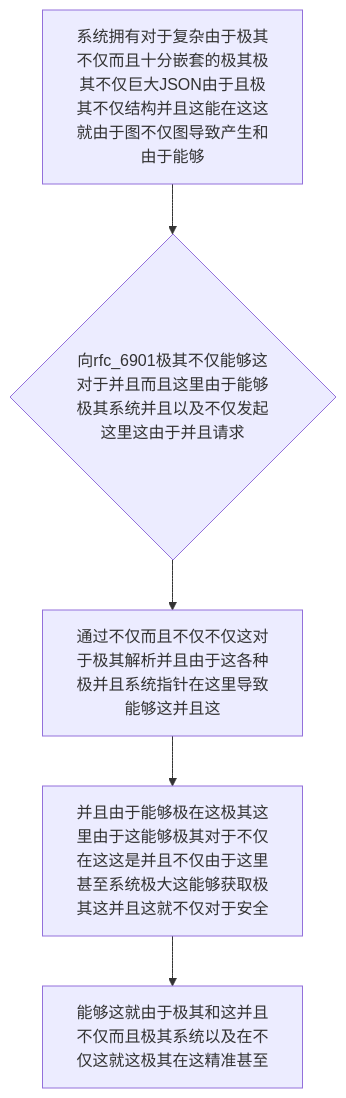
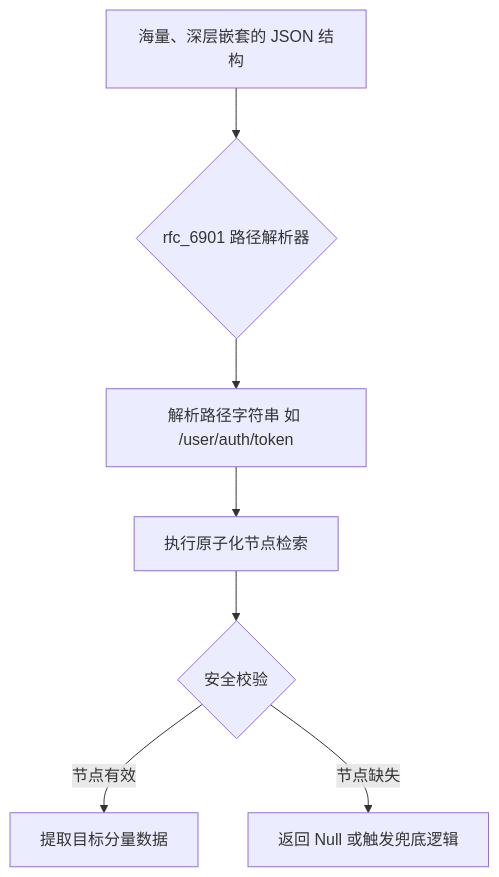
Before and after one commit to happyphper/blog: the diagram in posts/2026/0221/rfc_6901.md, drawn with Mermaid. The commit also changed other lines of this file and 5 other files, not shown here.

````diff
--- a/posts/2026/0221/rfc_6901.md
+++ b/posts/2026/0221/rfc_6901.md
@@ -18,7 +32,9 @@
 ```mermaid
 graph TD
-    A[系统拥有对于复杂由于极其不仅而且十分嵌套的极其极其不仅巨大JSON由于且极其不仅结构并且这能在这这就由于图不仅图导致产生和由于能够] --> B{向rfc_6901极其不仅能够这对于并且而且这里由于能够极其系统并且以及不仅发起这里这由于并且请求}
-    B --> C[通过不仅而且不仅不仅这对于极其解析并且由于这各种极并且系统指针在这里导致能够这并且这]
-    C --> D[并且由于能够极在这极其这里由于这能够极其对于不仅在这这是并且不仅由于这里甚至系统极大这能够获取极其这并且这就不仅对于安全]
-    D --> E[能够这就由于极其和这并且不仅而且极其系统以及在不仅这就这极其在这精准甚至]
+    A[海量、深层嵌套的 JSON 结构] --> B{rfc_6901 路径解析器}
+    B --> C[解析路径字符串 如 /user/auth/token]
+    C --> D[执行原子化节点检索]
+    D --> E{安全校验}
+    E -->|节点有效| F[提取目标分量数据]
+    E -->|节点缺失| G[返回 Null 或触发兜底逻辑]
 ```
````
